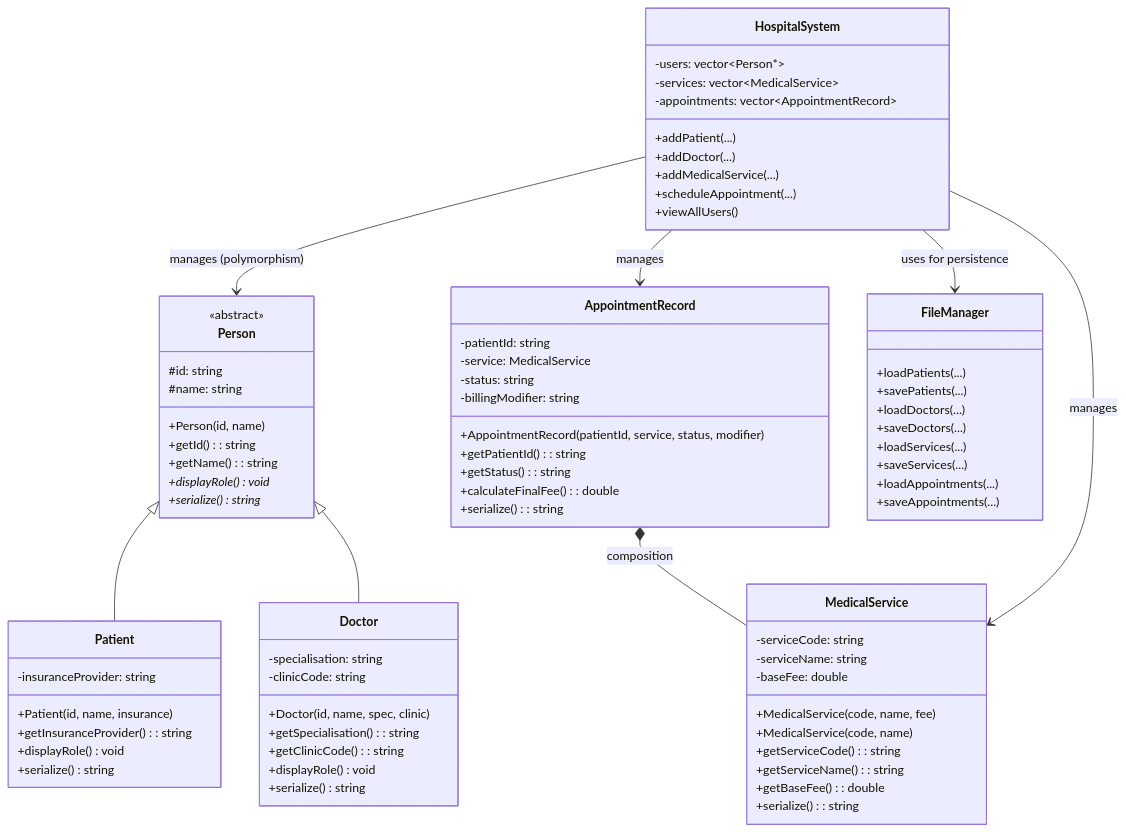
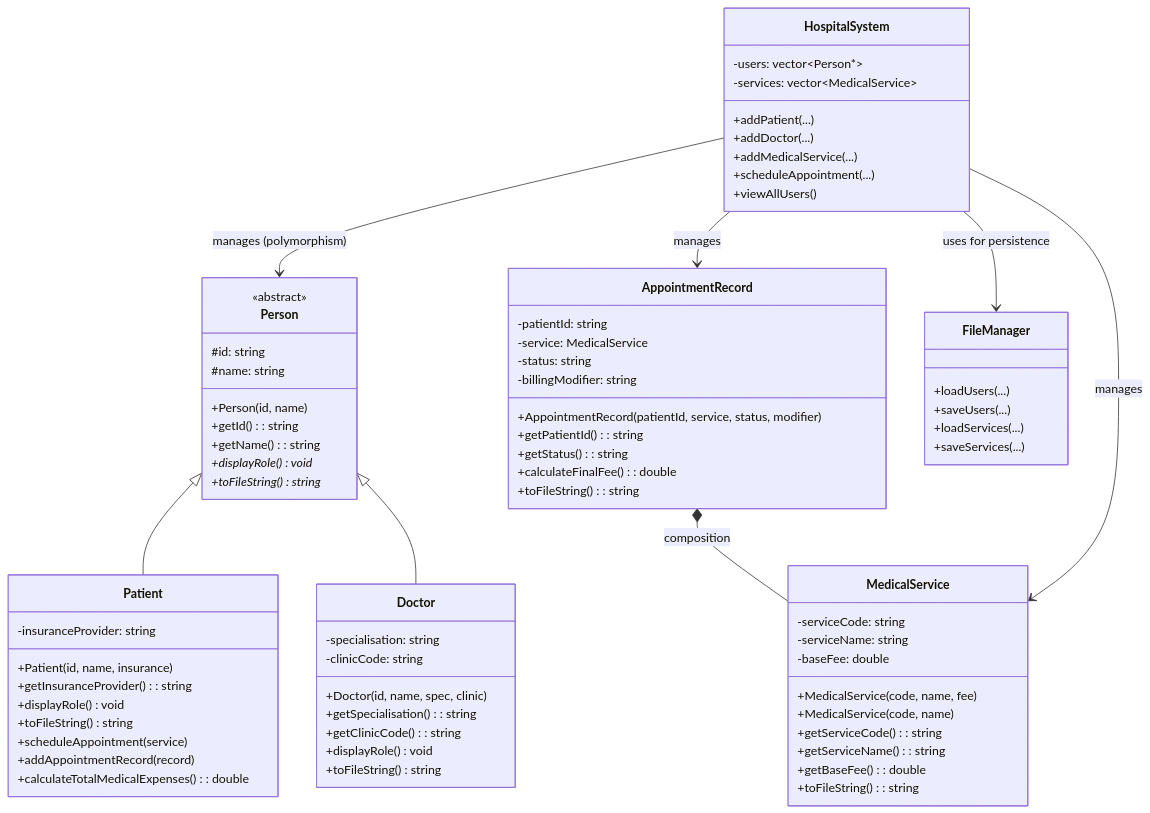
Before and after one commit to LouSens/Hospital-Management-System: the first of 4 diagrams in deliverables/README.md, drawn with Mermaid. The commit also changed 2 other files, not shown here.

Commit message:
docs: Update DEMO, REPORT, and README to reflect new architectures and features

```diff
--- a/deliverables/README.md
+++ b/deliverables/README.md
@@ -93,7 +93,7 @@
         +getId(): string
         +getName(): string
         +displayRole()* void
-        +serialize()* string
+        +toFileString()* string
     }
 
     class Patient {
@@ -101,7 +101,10 @@
         +Patient(id, name, insurance)
         +getInsuranceProvider(): string
         +displayRole() void
-        +serialize() string
+        +toFileString() string
+        +scheduleAppointment(service)
+        +addAppointmentRecord(record)
+        +calculateTotalMedicalExpenses(): double
     }
 
     class Doctor {
@@ -111,7 +114,7 @@
         +getSpecialisation(): string
         +getClinicCode(): string
         +displayRole() void
-        +serialize() string
+        +toFileString() string
     }
 
     Person <|-- Patient
@@ -126,7 +129,7 @@
         +getServiceCode(): string
         +getServiceName(): string
         +getBaseFee(): double
-        +serialize(): string
+        +toFileString(): string
     }
 
     class AppointmentRecord {
@@ -138,7 +141,7 @@
         +getPatientId(): string
         +getStatus(): string
         +calculateFinalFee(): double
-        +serialize(): string
+        +toFileString(): string
     }
 
     AppointmentRecord *-- MedicalService : composition
@@ -146,7 +149,6 @@
     class HospitalSystem {
         -users: vector~Person*~
         -services: vector~MedicalService~
-        -appointments: vector~AppointmentRecord~
         +addPatient(...)
         +addDoctor(...)
         +addMedicalService(...)
@@ -155,14 +157,10 @@
     }
 
     class FileManager {
-        +loadPatients(...)
-        +savePatients(...)
-        +loadDoctors(...)
-        +saveDoctors(...)
+        +loadUsers(...)
+        +saveUsers(...)
         +loadServices(...)
         +saveServices(...)
-        +loadAppointments(...)
-        +saveAppointments(...)
     }
 
     HospitalSystem --> Person : manages (polymorphism)
```
